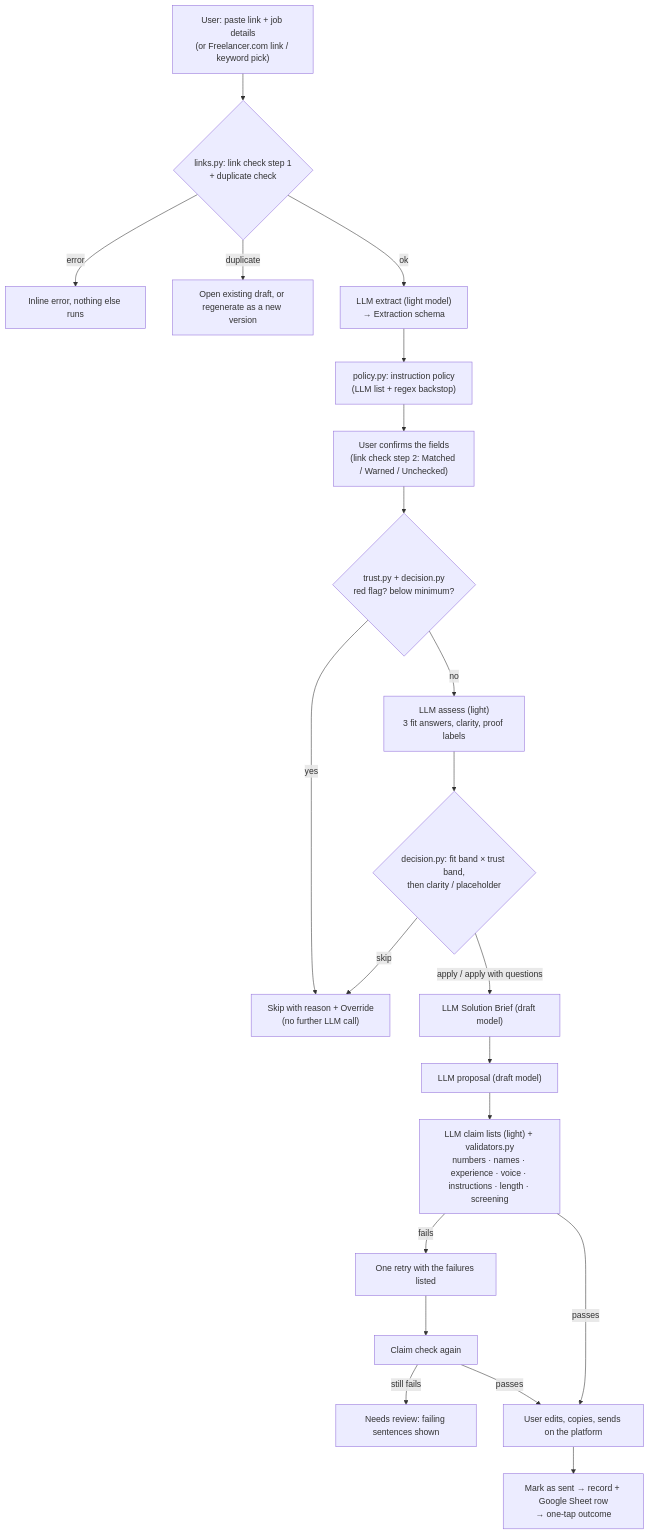
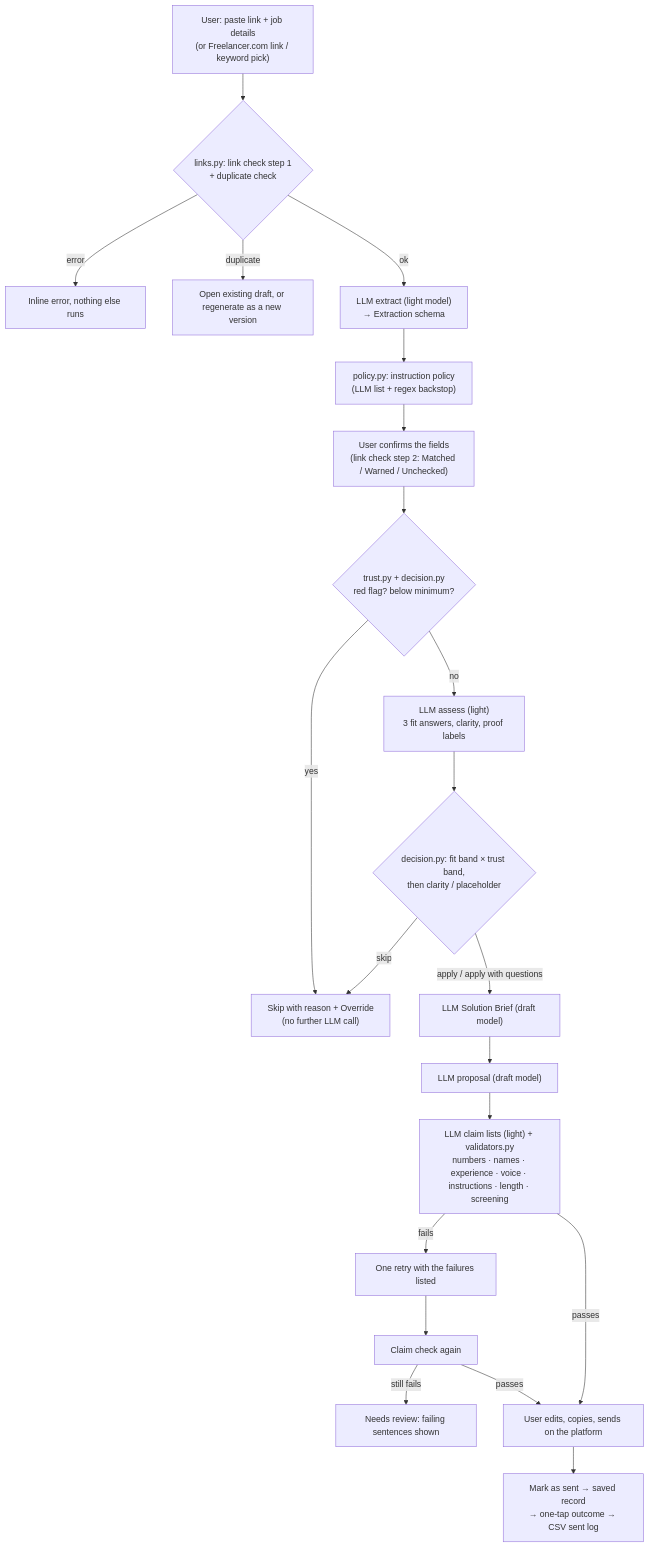
One commit to Anam-Sale-em/Proposals_Quest changed the diagram in docs/architecture.md. Above: the diagram before and after it, drawn with Mermaid. The commit also changed other lines of this file and 17 other files, not shown here.

Commit message:
Replace Google Sheet log with CSV download

````diff
--- a/docs/architecture.md
+++ b/docs/architecture.md
@@ -7,23 +7,23 @@
 ```mermaid
 flowchart TD
     A["User: paste link + job details<br/>(or Freelancer.com link / keyword pick)"] --> B{"links.py: link check step 1<br/>+ duplicate check"}
     B -- "error" --> X1["Inline error, nothing else runs"]
     B -- "duplicate" --> X2["Open existing draft, or regenerate as a new version"]
     B -- "ok" --> C["LLM extract (light model)<br/>→ Extraction schema"]
     C --> P["policy.py: instruction policy<br/>(LLM list + regex backstop)"]
     P --> D["User confirms the fields<br/>(link check step 2: Matched / Warned / Unchecked)"]
     D --> E{"trust.py + decision.py<br/>red flag? below minimum?"}
     E -- "yes" --> X3["Skip with reason + Override<br/>(no further LLM call)"]
     E -- "no" --> F["LLM assess (light)<br/>3 fit answers, clarity, proof labels"]
     F --> G{"decision.py: fit band × trust band,<br/>then clarity / placeholder"}
     G -- "skip" --> X3
     G -- "apply / apply with questions" --> H["LLM Solution Brief (draft model)"]
     H --> I["LLM proposal (draft model)"]
     I --> J["LLM claim lists (light) + validators.py<br/>numbers · names · experience · voice · instructions · length · screening"]
     J -- "fails" --> K["One retry with the failures listed"]
     K --> J2["Claim check again"]
     J2 -- "still fails" --> X4["Needs review: failing sentences shown"]
     J -- "passes" --> L["User edits, copies, sends on the platform"]
     J2 -- "passes" --> L
-    L --> M["Mark as sent → record + Google Sheet row<br/>→ one-tap outcome"]
+    L --> M["Mark as sent → saved record<br/>→ one-tap outcome → CSV sent log"]
 ```
````
